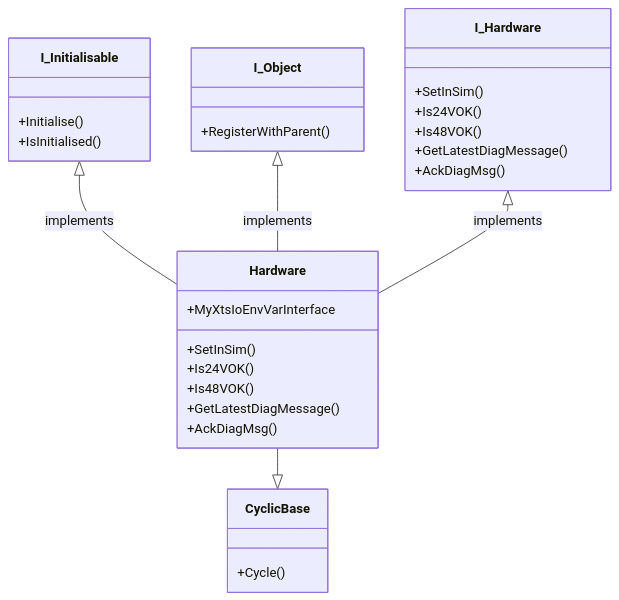
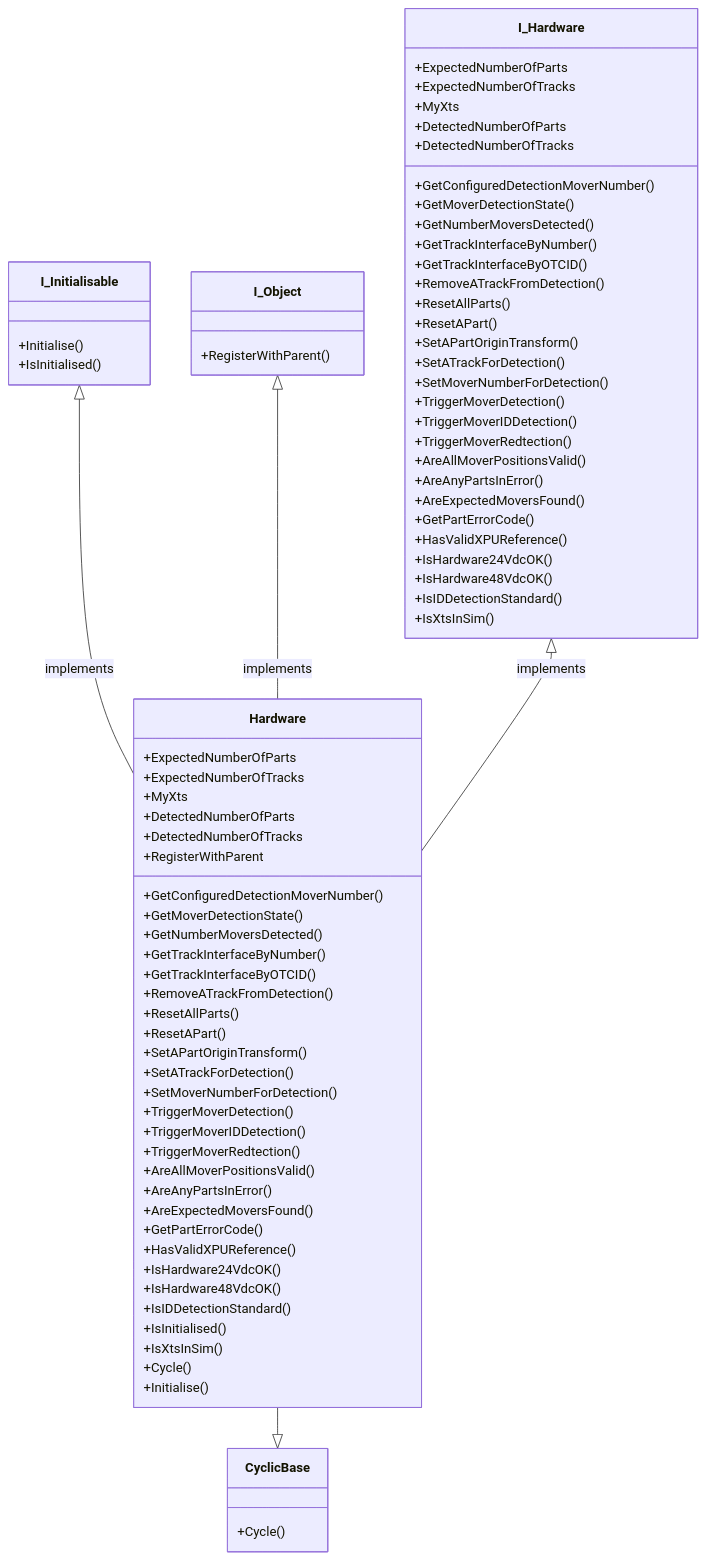
One commit to chris-k84/Xts_Library changed the diagram in docs/docs/Hardware/Hardware Class.md. Above: the diagram before and after it, drawn with Mermaid. The commit also changed other lines of this file, not shown here.

Commit message:
Modifed the class diagram for hardware class

```diff
--- a/docs/docs/Hardware/Hardware Class.md
+++ b/docs/docs/Hardware/Hardware Class.md
@@ -8,20 +8,69 @@
 
 classDiagram
     class I_Hardware{
-        +SetInSim()
-        +Is24VOK()
-        +Is48VOK()
-        +GetLatestDiagMessage()
-        +AckDiagMsg()
+        +GetConfiguredDetectionMoverNumber()
+        +GetMoverDetectionState()
+        +GetNumberMoversDetected()
+        +GetTrackInterfaceByNumber()
+        +GetTrackInterfaceByOTCID()
+        +RemoveATrackFromDetection()
+        +ResetAllParts()
+        +ResetAPart()
+        +SetAPartOriginTransform()
+        +SetATrackForDetection()
+        +SetMoverNumberForDetection()
+        +TriggerMoverDetection()
+        +TriggerMoverIDDetection()
+        +TriggerMoverRedtection()
+        +ExpectedNumberOfParts
+        +ExpectedNumberOfTracks
+        +MyXts
+        +AreAllMoverPositionsValid()
+        +AreAnyPartsInError()
+        +AreExpectedMoversFound()
+        +DetectedNumberOfParts
+        +DetectedNumberOfTracks
+        +GetPartErrorCode()
+        +HasValidXPUReference()
+        +IsHardware24VdcOK()
+        +IsHardware48VdcOK()
+        +IsIDDetectionStandard()
+        +IsXtsInSim()
     }
 
     class Hardware{
-        +SetInSim()
-        +Is24VOK()
-        +Is48VOK()
-        +GetLatestDiagMessage()
-        +AckDiagMsg()
-        +MyXtsIoEnvVarInterface
+        +GetConfiguredDetectionMoverNumber()
+        +GetMoverDetectionState()
+        +GetNumberMoversDetected()
+        +GetTrackInterfaceByNumber()
+        +GetTrackInterfaceByOTCID()
+        +RemoveATrackFromDetection()
+        +ResetAllParts()
+        +ResetAPart()
+        +SetAPartOriginTransform()
+        +SetATrackForDetection()
+        +SetMoverNumberForDetection()
+        +TriggerMoverDetection()
+        +TriggerMoverIDDetection()
+        +TriggerMoverRedtection()
+        +ExpectedNumberOfParts
+        +ExpectedNumberOfTracks
+        +MyXts
+        +AreAllMoverPositionsValid()
+        +AreAnyPartsInError()
+        +AreExpectedMoversFound()
+        +DetectedNumberOfParts
+        +DetectedNumberOfTracks
+        +GetPartErrorCode()
+        +HasValidXPUReference()
+        +IsHardware24VdcOK()
+        +IsHardware48VdcOK()
+        +IsIDDetectionStandard()
+        +IsInitialised()
+        +IsXtsInSim()
+        +Cycle()
+        +Initialise()
+        +RegisterWithParent
     }
 
     class CyclicBase{
```
